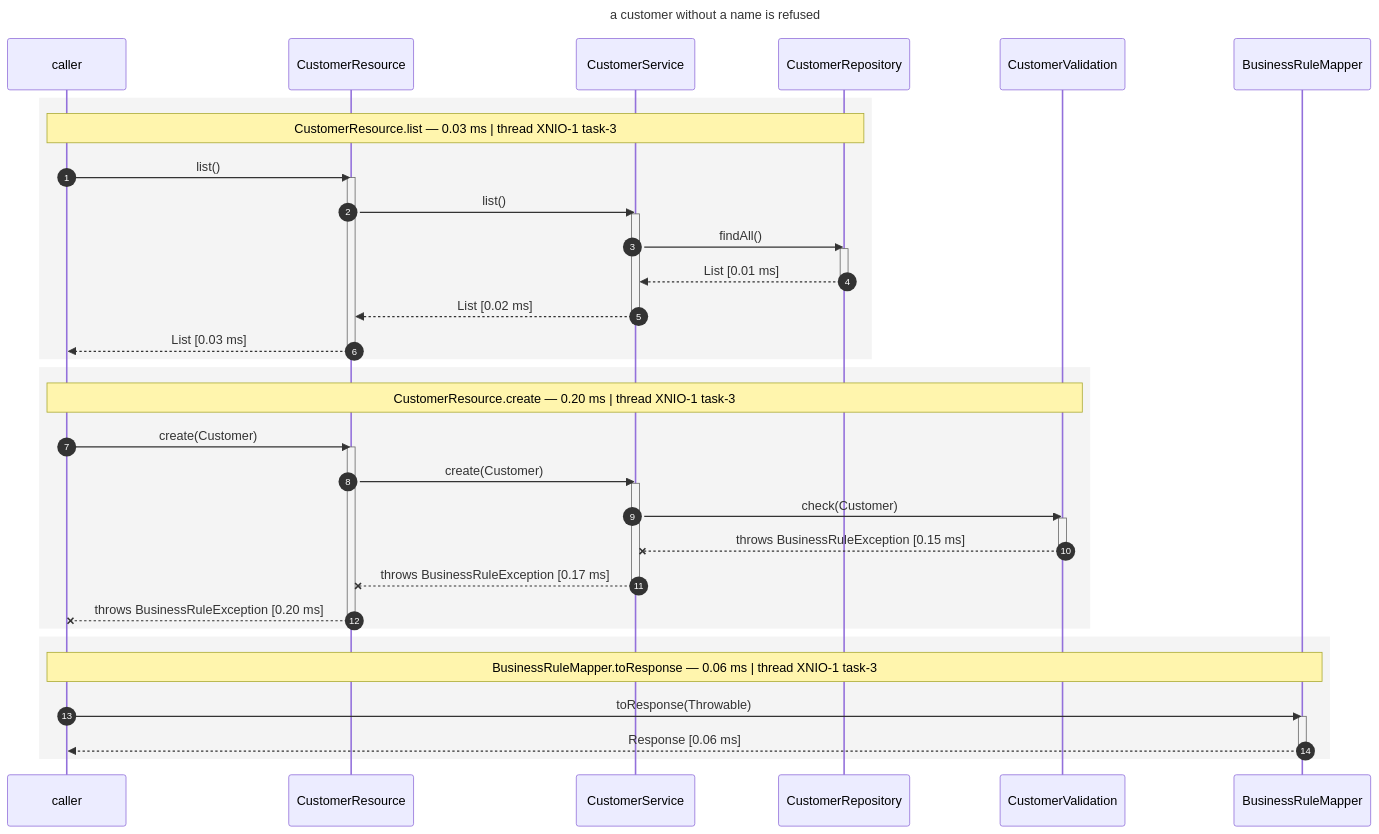
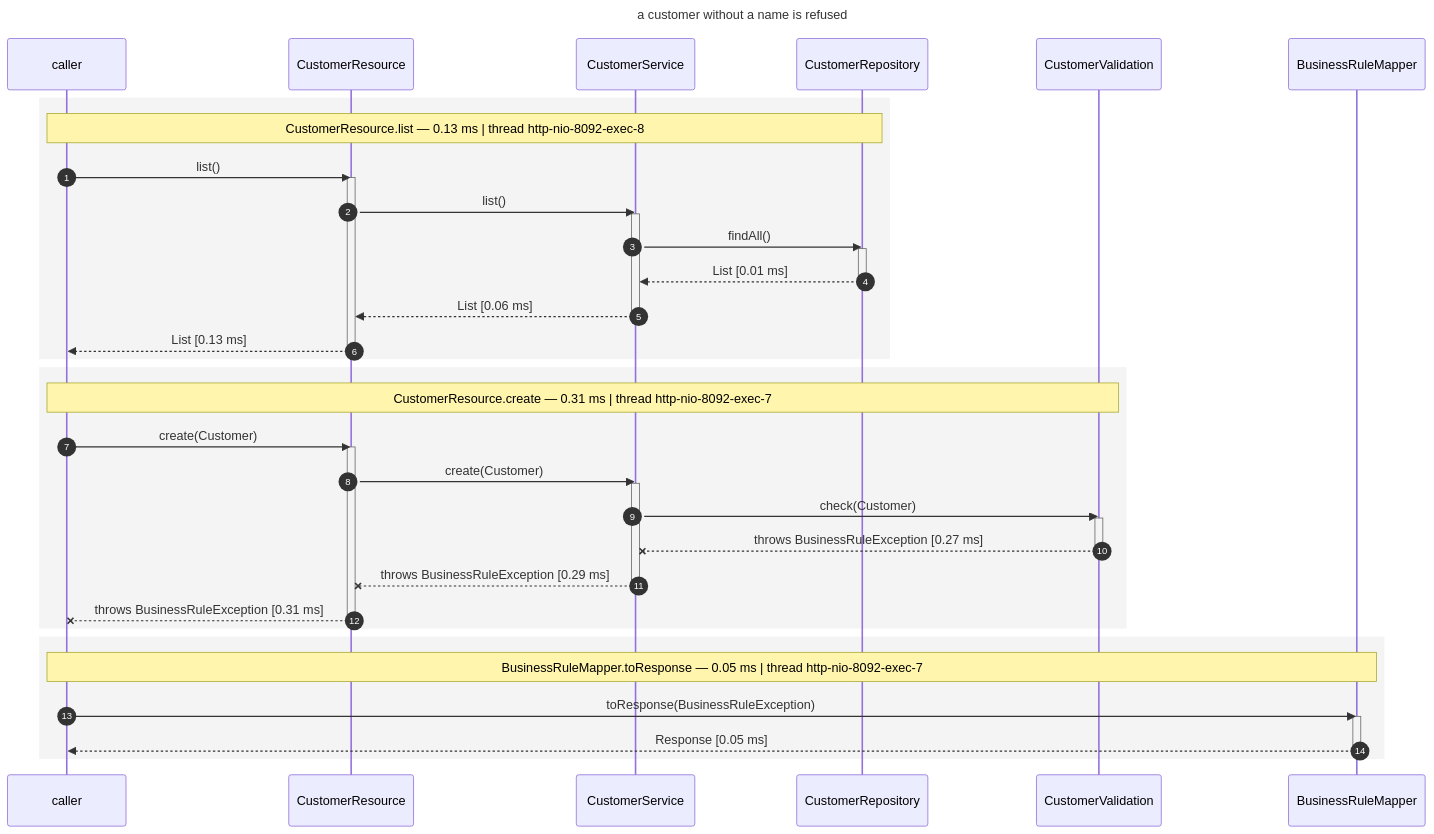
One commit to os890/dynamic-cdi-flow-renderer changed the second of 4 diagrams in cdi-flow-examples/cdi-flow-examples-jakarta-crud/README.md. Above: the diagram before and after it, drawn with Mermaid. The commit also changed other lines of this file and 10 other files, not shown here.

````diff
--- a/cdi-flow-examples/cdi-flow-examples-jakarta-crud/README.md
+++ b/cdi-flow-examples/cdi-flow-examples-jakarta-crud/README.md
@@ -184,50 +191,50 @@
 ```mermaid
 ---
 title: "a customer without a name is refused"
 ---
 sequenceDiagram
     autonumber
     participant Caller as caller
     participant CustomerResource
     participant CustomerService
     participant CustomerRepository
     participant CustomerValidation
     participant BusinessRuleMapper
     rect rgb(244, 244, 244)
-        Note over Caller,CustomerRepository: CustomerResource.list — 0.03 ms | thread XNIO-1 task-3
+        Note over Caller,CustomerRepository: CustomerResource.list — 0.13 ms | thread http-nio-8092-exec-8
         Caller->>CustomerResource: list()
         activate CustomerResource
             CustomerResource->>CustomerService: list()
             activate CustomerService
                 CustomerService->>CustomerRepository: findAll()
                 activate CustomerRepository
                 CustomerRepository-->>CustomerService: List [0.01 ms]
                 deactivate CustomerRepository
-            CustomerService-->>CustomerResource: List [0.02 ms]
+            CustomerService-->>CustomerResource: List [0.06 ms]
             deactivate CustomerService
-        CustomerResource-->>Caller: List [0.03 ms]
+        CustomerResource-->>Caller: List [0.13 ms]
         deactivate CustomerResource
     end
     rect rgb(244, 244, 244)
-        Note over Caller,CustomerValidation: CustomerResource.create — 0.20 ms | thread XNIO-1 task-3
+        Note over Caller,CustomerValidation: CustomerResource.create — 0.31 ms | thread http-nio-8092-exec-7
         Caller->>CustomerResource: create(Customer)
         activate CustomerResource
             CustomerResource->>CustomerService: create(Customer)
             activate CustomerService
                 CustomerService->>CustomerValidation: check(Customer)
                 activate CustomerValidation
-                CustomerValidation--xCustomerService: throws BusinessRuleException [0.15 ms]
+                CustomerValidation--xCustomerService: throws BusinessRuleException [0.27 ms]
                 deactivate CustomerValidation
-            CustomerService--xCustomerResource: throws BusinessRuleException [0.17 ms]
+            CustomerService--xCustomerResource: throws BusinessRuleException [0.29 ms]
             deactivate CustomerService
-        CustomerResource--xCaller: throws BusinessRuleException [0.20 ms]
+        CustomerResource--xCaller: throws BusinessRuleException [0.31 ms]
         deactivate CustomerResource
     end
     rect rgb(244, 244, 244)
-        Note over Caller,BusinessRuleMapper: BusinessRuleMapper.toResponse — 0.06 ms | thread XNIO-1 task-3
-        Caller->>BusinessRuleMapper: toResponse(Throwable)
+        Note over Caller,BusinessRuleMapper: BusinessRuleMapper.toResponse — 0.05 ms | thread http-nio-8092-exec-7
+        Caller->>BusinessRuleMapper: toResponse(BusinessRuleException)
         activate BusinessRuleMapper
-        BusinessRuleMapper-->>Caller: Response [0.06 ms]
+        BusinessRuleMapper-->>Caller: Response [0.05 ms]
         deactivate BusinessRuleMapper
     end
 ```
````
